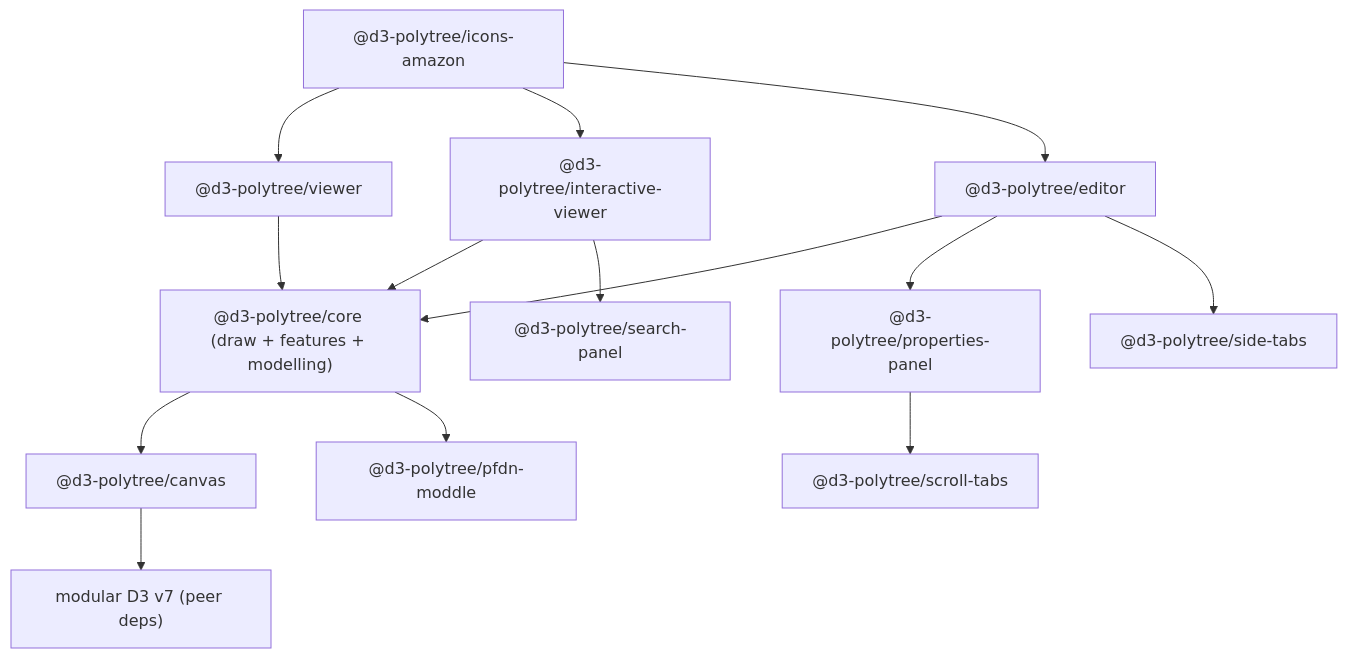
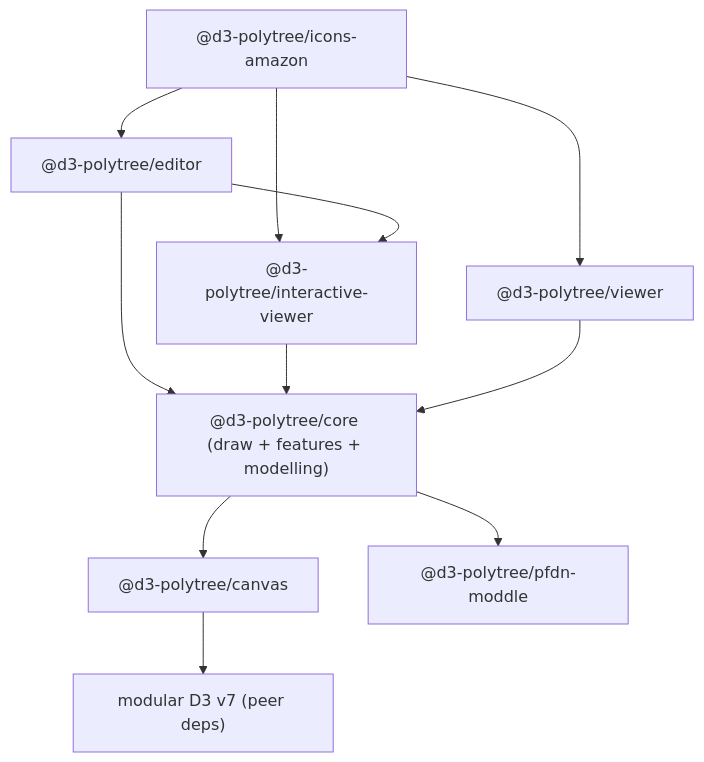
Before and after one commit to davcs86/d3-polytree: the diagram in ROADMAP.md, drawn with Mermaid. The commit also changed other lines of this file and 63 other files, not shown here.

First line of the commit message:
Fold the panel packages into their components (Track B, O10)

````diff
--- a/ROADMAP.md
+++ b/ROADMAP.md
@@ -88,16 +88,16 @@
 ```mermaid
 graph TD
   amazon["@d3-polytree/icons-amazon"] --> viewer
   amazon --> iviewer
   amazon --> editor
   editor["@d3-polytree/editor"] --> core
   iviewer["@d3-polytree/interactive-viewer"] --> core
   viewer["@d3-polytree/viewer"] --> core
-  editor --> pp["@d3-polytree/properties-panel"]
-  iviewer --> sp["@d3-polytree/search-panel"]
-  editor --> st["@d3-polytree/side-tabs"]
-  pp --> scrolltabs["@d3-polytree/scroll-tabs"]
+  editor --> iviewer
+  %% Panels folded into their components (O10): side-tabs + search-panel are now
+  %% internal to interactive-viewer; properties-panel (which absorbed scroll-tabs
+  %% per O4) is now internal to editor. No standalone panel/scroll-tabs packages.
   core["@d3-polytree/core (draw + features + modelling)"] --> canvas["@d3-polytree/canvas"]
   core --> moddle["@d3-polytree/pfdn-moddle"]
   canvas --> d3["modular D3 v7 (peer deps)"]
 ```
````
